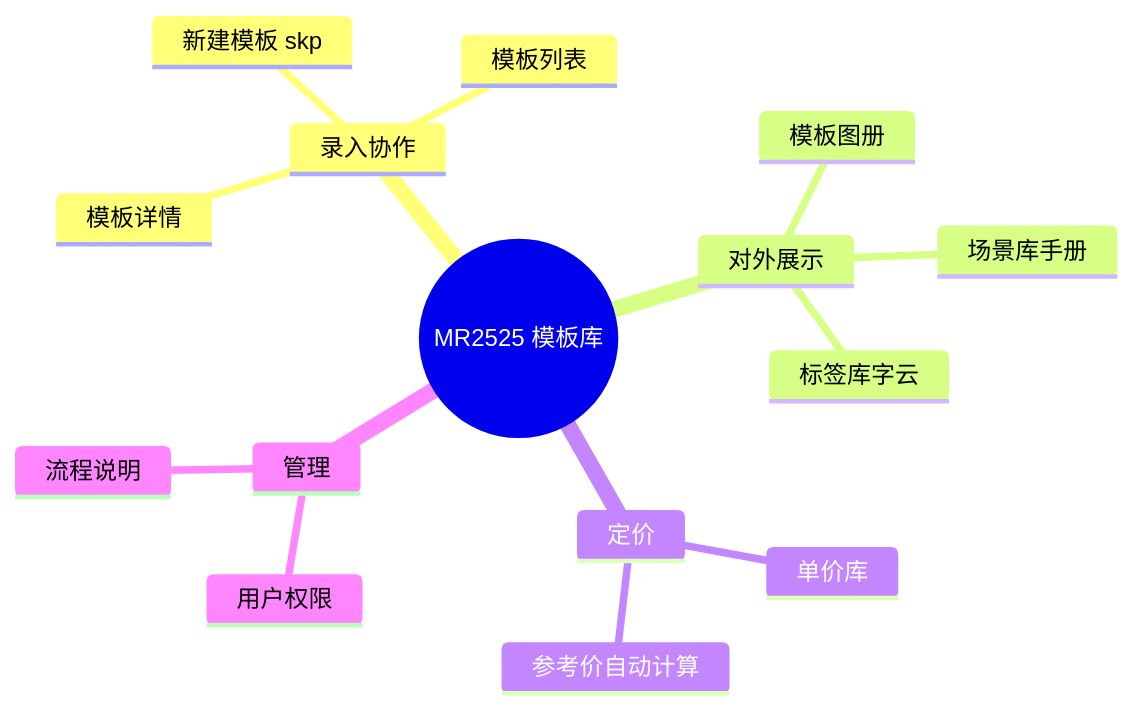
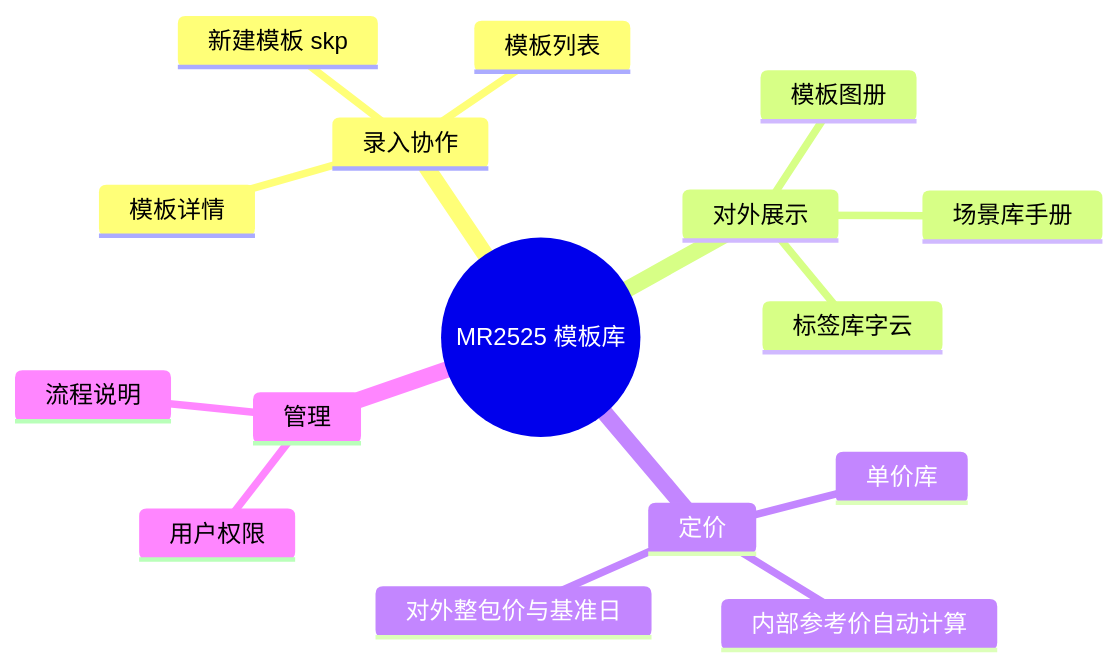
Before and after one commit to raintea223-art/Parti-MR2525: the tenth of 11 diagrams in docs/WORKFLOW.md, drawn with Mermaid. The commit also changed other lines of this file and 22 other files, not shown here.

````diff
--- a/docs/WORKFLOW.md
+++ b/docs/WORKFLOW.md
@@ -282,18 +290,19 @@
 ```mermaid
 mindmap
   root((MR2525 模板库))
     录入协作
       新建模板 skp
       模板列表
       模板详情
     对外展示
       模板图册
       场景库手册
       标签库字云
     定价
       单价库
-      参考价自动计算
+      内部参考价自动计算
+      对外整包价与基准日
     管理
       用户权限
       流程说明
 ```
````
